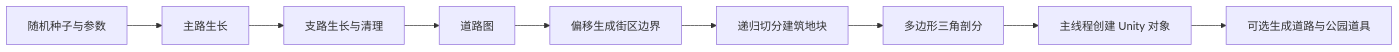
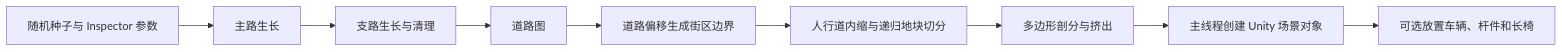
One commit to Tendertale/CityScanPCG changed the diagram in README.zh-CN.md. Above: the diagram before and after it, drawn with Mermaid. The commit also changed other lines of this file and 9 other files, not shown here.

`````diff
--- a/README.zh-CN.md
+++ b/README.zh-CN.md
@@ -24,11 +56,11 @@
-````mermaid
+```mermaid
 flowchart LR
-    A[随机种子与参数] --> B[主路生长]
+    A[随机种子与 Inspector 参数] --> B[主路生长]
     B --> C[支路生长与清理]
     C --> D[道路图]
-    D --> E[偏移生成街区边界]
-    E --> F[递归切分建筑地块]
-    F --> G[多边形三角剖分]
-    G --> H[主线程创建 Unity 对象]
-    H --> I[可选生成道路与公园道具]
-````
+    D --> E[道路偏移生成街区边界]
+    E --> F[人行道内缩与递归地块切分]
+    F --> G[多边形剖分与挤出]
+    G --> H[主线程创建 Unity 场景对象]
+    H --> I[可选放置车辆、杆件和长椅]
+```
`````
